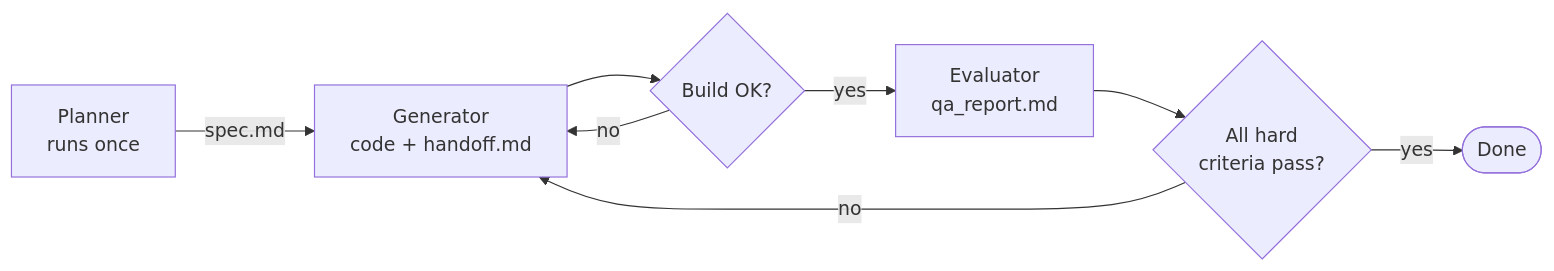
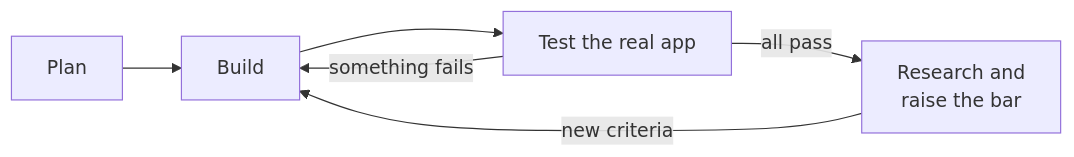
Before and after one commit to mehmetsat/nightsmith: the diagram in README.md, drawn with Mermaid. The commit also changed other lines of this file and 9 other files, not shown here.

````diff
--- a/README.md
+++ b/README.md
@@ -68,10 +29,8 @@
 ```mermaid
 flowchart LR
-    P[Planner<br/>runs once] -->|spec.md| G[Generator<br/>code + handoff.md]
-    G --> B{Build OK?}
-    B -- no --> G
-    B -- yes --> E[Evaluator<br/>qa_report.md]
-    E --> D{All hard<br/>criteria pass?}
-    D -- no --> G
-    D -- yes --> Done([Done])
+    P[Plan] --> B[Build]
+    B --> T[Test the real app]
+    T -->|something fails| B
+    T -->|all pass| R[Research and<br/>raise the bar]
+    R -->|new criteria| B
 ```
````
